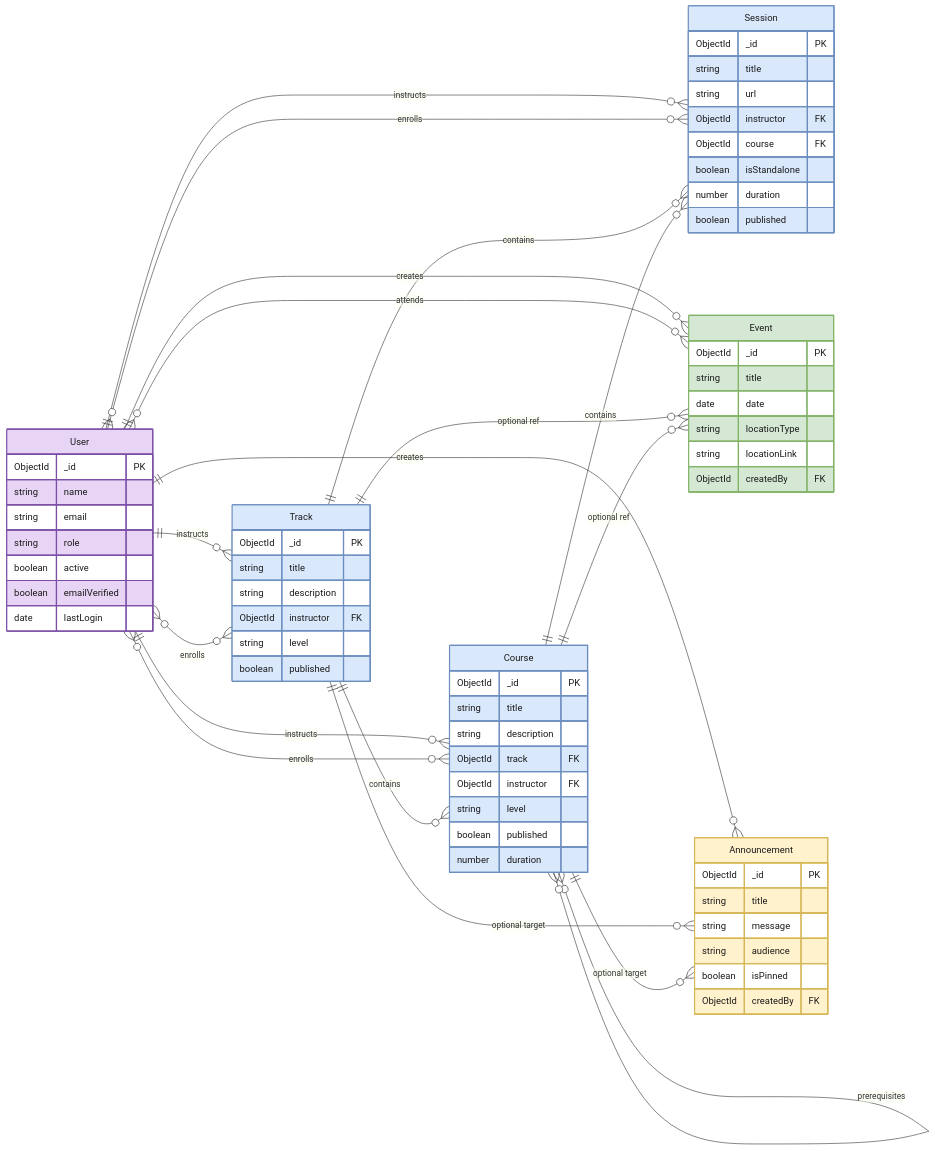
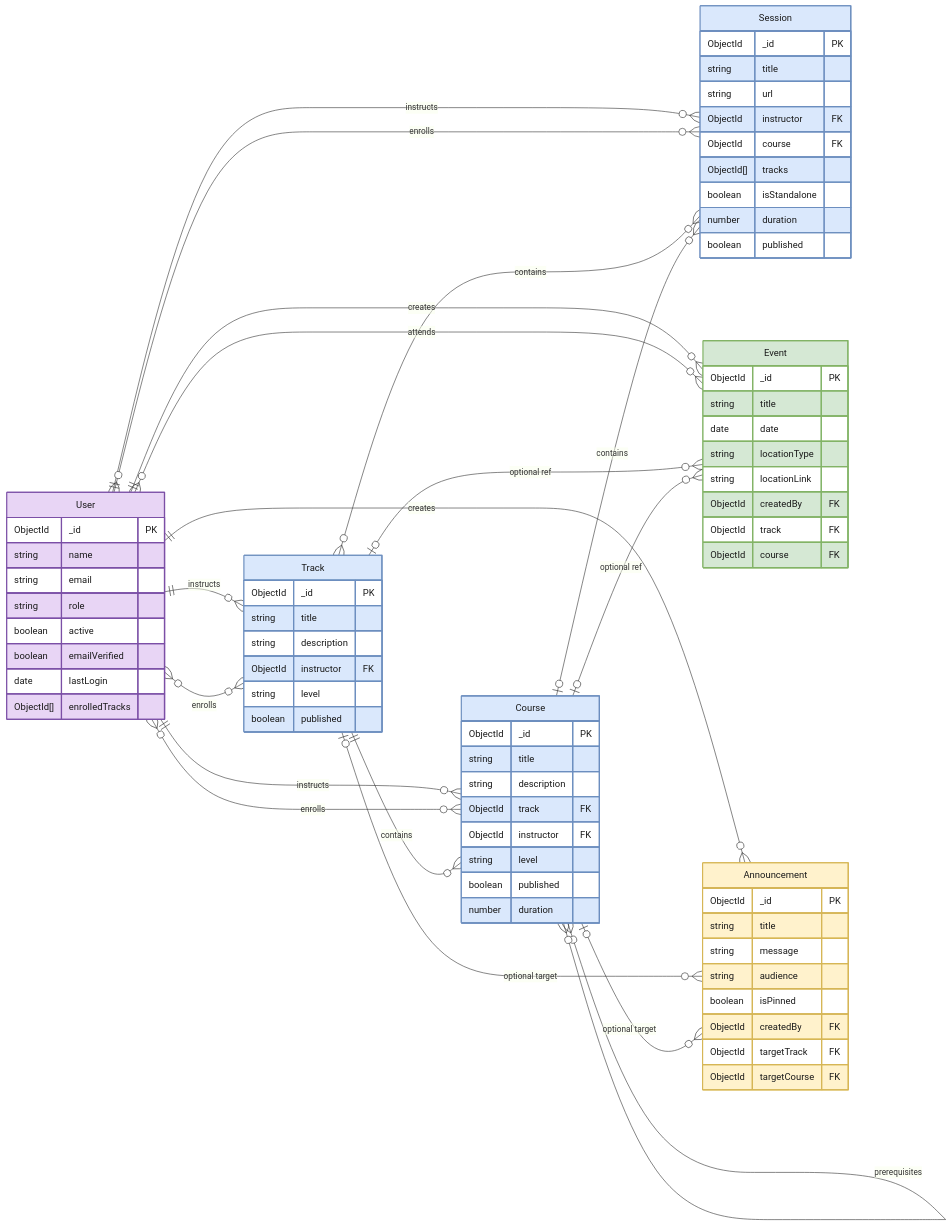
The diagram in Design/trosc-ERD.mmd (Basem3sam/trosc-backend), drawn with Mermaid before and after one commit. The commit also changed 9 other files, not shown here.

Commit message:
refactor: Update DFD and ERD diagrams; enhance README with system design visuals and badges; improve route ownership checks in course and session management

```diff
--- a/Design/trosc-ERD.mmd
+++ b/Design/trosc-ERD.mmd
@@ -1,100 +1,99 @@
 erDiagram
     direction LR
 
     USER ||--o{ TRACK : instructs
     USER ||--o{ COURSE : instructs
     USER ||--o{ SESSION : instructs
     USER }o--o{ TRACK : enrolls
     USER }o--o{ COURSE : enrolls
     USER }o--o{ SESSION : enrolls
     USER ||--o{ EVENT : creates
     USER }o--o{ EVENT : attends
     USER ||--o{ ANNOUNCEMENT : creates
 
     TRACK ||--o{ COURSE : contains
-    TRACK ||--o{ SESSION : contains
-    COURSE ||--o{ SESSION : contains
+    TRACK }o--o{ SESSION : contains
+    COURSE |o--o{ SESSION : contains
     COURSE }o--o{ COURSE : prerequisites
 
-    TRACK ||--o{ EVENT : "optional ref"
-    COURSE ||--o{ EVENT : "optional ref"
-    TRACK ||--o{ ANNOUNCEMENT : "optional target"
-    COURSE ||--o{ ANNOUNCEMENT : "optional target"
+    TRACK |o--o{ EVENT : "optional ref"
+    COURSE |o--o{ EVENT : "optional ref"
+    TRACK |o--o{ ANNOUNCEMENT : "optional target"
+    COURSE |o--o{ ANNOUNCEMENT : "optional target"
 
     USER["User"] {
         ObjectId _id PK
         string name
         string email
         string role
         boolean active
         boolean emailVerified
         date lastLogin
+        ObjectId[] enrolledTracks
     }
 
     TRACK["Track"] {
         ObjectId _id PK
         string title
         string description
         ObjectId instructor FK
         string level
         boolean published
     }
 
     COURSE["Course"] {
         ObjectId _id PK
         string title
         string description
         ObjectId track FK
         ObjectId instructor FK
         string level
         boolean published
         number duration
     }
 
     SESSION["Session"] {
         ObjectId _id PK
         string title
         string url
         ObjectId instructor FK
         ObjectId course FK
+        ObjectId[] tracks
         boolean isStandalone
         number duration
         boolean published
     }
 
     EVENT["Event"] {
         ObjectId _id PK
         string title
         date date
         string locationType
         string locationLink
         ObjectId createdBy FK
+        ObjectId track FK
+        ObjectId course FK
     }
 
     ANNOUNCEMENT["Announcement"] {
         ObjectId _id PK
         string title
         string message
         string audience
         boolean isPinned
         ObjectId createdBy FK
+        ObjectId targetTrack FK
+        ObjectId targetCourse FK
     }
 
     classDef user fill:#e8d5f5,stroke:#7b4fa6,stroke-width:2px,color:#1a1a1a
     classDef content fill:#dae8fc,stroke:#6c8ebf,stroke-width:2px,color:#1a1a1a
     classDef event fill:#d5e8d4,stroke:#82b366,stroke-width:2px,color:#1a1a1a
     classDef announcement fill:#fff2cc,stroke:#d6b656,stroke-width:2px,color:#1a1a1a
 
     class USER user
     class TRACK content
     class COURSE content
     class SESSION content
     class EVENT event
     class ANNOUNCEMENT announcement
-
-    style USER fill:#e8d5f5,stroke:#7b4fa6,stroke-width:2px
-    style TRACK fill:#dae8fc,stroke:#6c8ebf,stroke-width:2px
-    style COURSE fill:#dae8fc,stroke:#6c8ebf,stroke-width:2px
-    style SESSION fill:#dae8fc,stroke:#6c8ebf,stroke-width:2px
-    style EVENT fill:#d5e8d4,stroke:#82b366,stroke-width:2px
-    style ANNOUNCEMENT fill:#fff2cc,stroke:#d6b656,stroke-width:2px
```
